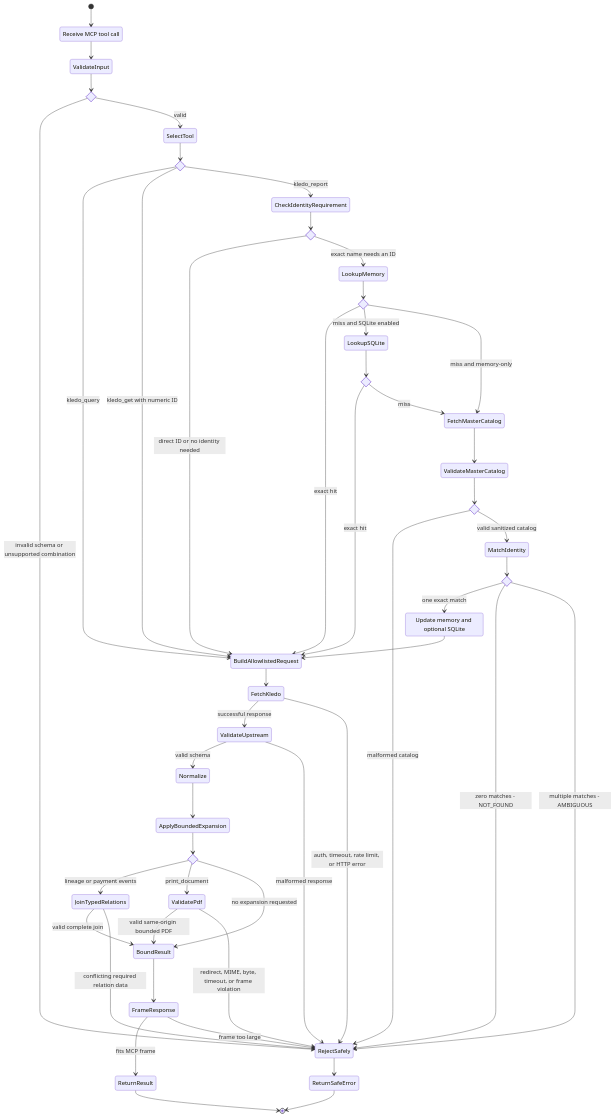
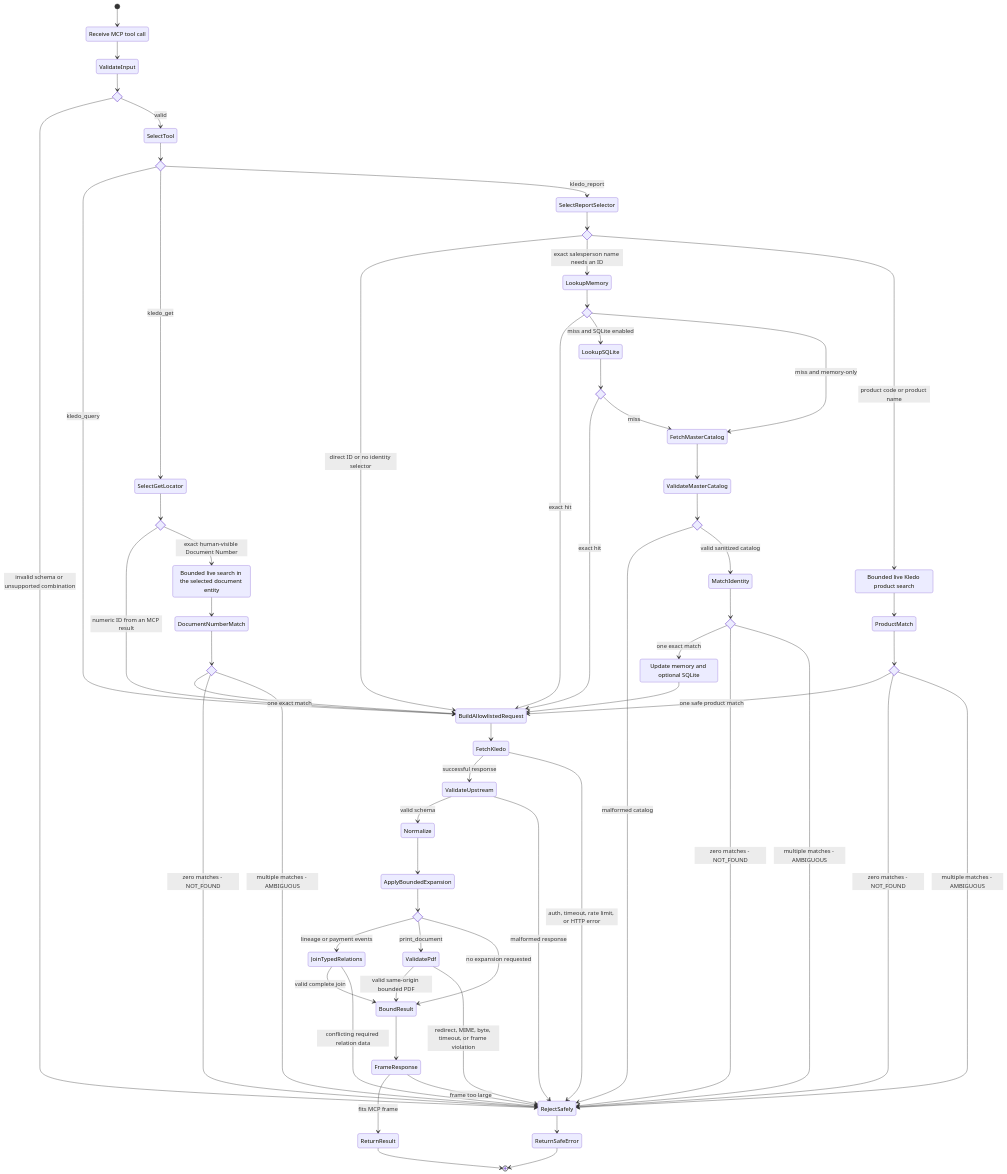
Before and after one commit to kevzakaria/kledo-mcp: the fourth of 4 diagrams in docs/architecture.md, drawn with Mermaid. The commit also changed other lines of this file and 16 other files, not shown here.

First line of the commit message:
feat: resolve kledo_get by document number (#9)

```diff
--- a/docs/architecture.md
+++ b/docs/architecture.md
@@ -37,13 +171,35 @@
     state ToolRoute <<choice>>
     SelectTool --> ToolRoute
     ToolRoute --> BuildAllowlistedRequest: kledo_query
-    ToolRoute --> BuildAllowlistedRequest: kledo_get with numeric ID
-    ToolRoute --> CheckIdentityRequirement: kledo_report
+    ToolRoute --> SelectGetLocator: kledo_get
+    ToolRoute --> SelectReportSelector: kledo_report
 
-    state IdentityRequired <<choice>>
-    CheckIdentityRequirement --> IdentityRequired
-    IdentityRequired --> BuildAllowlistedRequest: direct ID or no identity needed
-    IdentityRequired --> LookupMemory: exact name needs an ID
+    state GetLocator <<choice>>
+    SelectGetLocator --> GetLocator
+    GetLocator --> BuildAllowlistedRequest: numeric ID from an MCP result
+    GetLocator --> SearchDocumentNumber: exact human-visible Document Number
+    SearchDocumentNumber: Bounded live search in the selected document entity
+    SearchDocumentNumber --> DocumentNumberMatch
+
+    state DocumentNumberResult <<choice>>
+    DocumentNumberMatch --> DocumentNumberResult
+    DocumentNumberResult --> BuildAllowlistedRequest: one exact match
+    DocumentNumberResult --> RejectSafely: zero matches - NOT_FOUND
+    DocumentNumberResult --> RejectSafely: multiple matches - AMBIGUOUS
+
+    state ReportSelector <<choice>>
+    SelectReportSelector --> ReportSelector
+    ReportSelector --> BuildAllowlistedRequest: direct ID or no identity selector
+    ReportSelector --> LookupMemory: exact salesperson name needs an ID
+    ReportSelector --> SearchProductCatalog: product code or product name
+
+    SearchProductCatalog: Bounded live Kledo product search
+    SearchProductCatalog --> ProductMatch
+    state ProductMatchResult <<choice>>
+    ProductMatch --> ProductMatchResult
+    ProductMatchResult --> BuildAllowlistedRequest: one safe product match
+    ProductMatchResult --> RejectSafely: zero matches - NOT_FOUND
+    ProductMatchResult --> RejectSafely: multiple matches - AMBIGUOUS
 
     state MemoryResult <<choice>>
     LookupMemory --> MemoryResult
```
